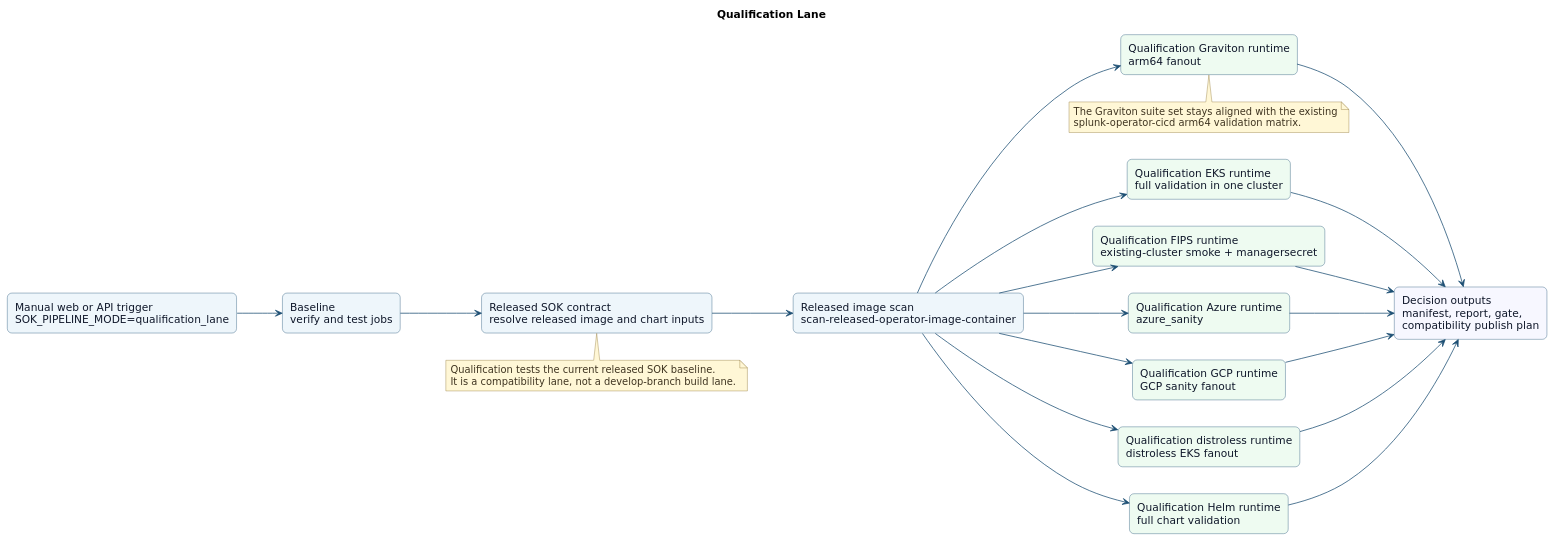
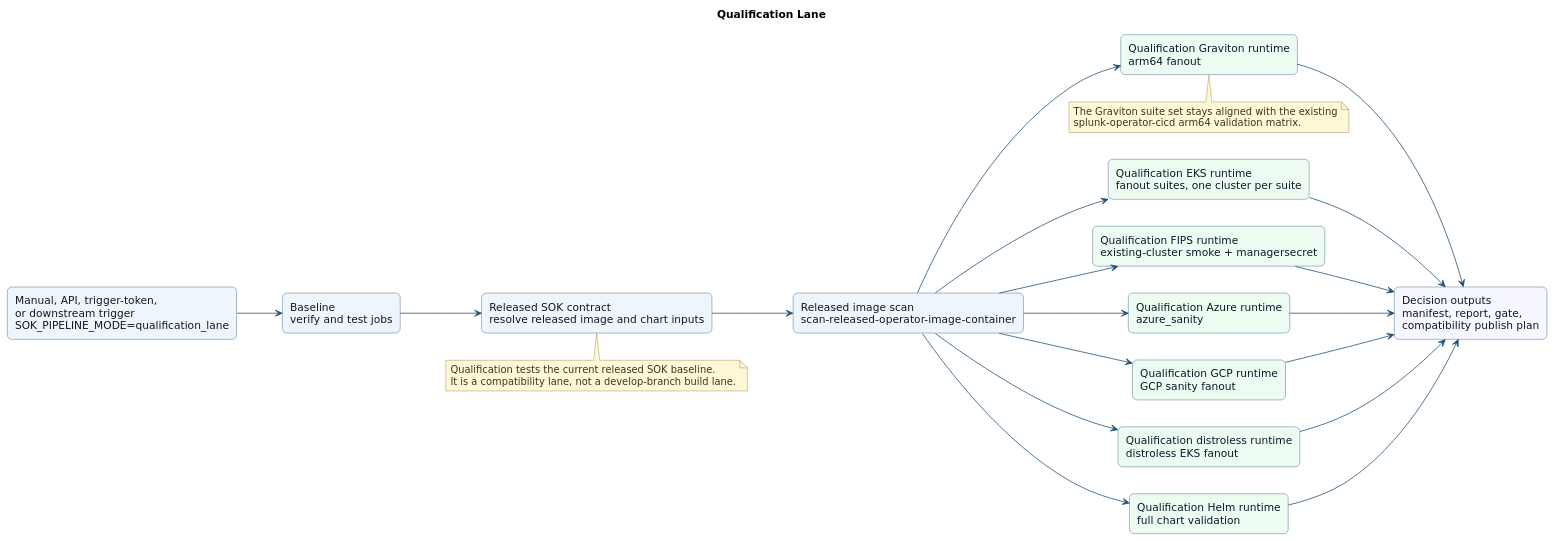
Before and after one commit to splunk/splunk-operator: the diagram in gitlab-ci/diagrams/qualification-lane-target.puml, drawn with PlantUML. The commit also changed 15 other files, not shown here.

```diff
--- a/gitlab-ci/diagrams/qualification-lane-target.puml
+++ b/gitlab-ci/diagrams/qualification-lane-target.puml
@@ -1,60 +1,60 @@
 @startuml
 title Qualification Lane
 left to right direction
 skinparam Shadowing false
 skinparam DefaultFontName DejaVu Sans
 skinparam BackgroundColor white
 skinparam ArrowColor #1d4f73
 skinparam Rectangle {
   BorderColor #1d4f73
   BackgroundColor #eef6fb
   FontColor #0f172a
   RoundCorner 12
 }
 skinparam Note {
   BorderColor #8b6f2f
   BackgroundColor #fff7d6
   FontColor #3f3420
 }
 
-rectangle "Manual web or API trigger\nSOK_PIPELINE_MODE=qualification_lane" as trigger
+rectangle "Manual, API, trigger-token,\nor downstream trigger\nSOK_PIPELINE_MODE=qualification_lane" as trigger
 rectangle "Baseline\nverify and test jobs" as baseline
 rectangle "Released SOK contract\nresolve released image and chart inputs" as contract
 rectangle "Released image scan\nscan-released-operator-image-container" as scan
-rectangle "Qualification EKS runtime\nfull validation in one cluster" as runtime_eks #eefbf1
+rectangle "Qualification EKS runtime\nfanout suites, one cluster per suite" as runtime_eks #eefbf1
 rectangle "Qualification FIPS runtime\nexisting-cluster smoke + managersecret" as runtime_fips #eefbf1
 rectangle "Qualification Azure runtime\nazure_sanity" as runtime_azure #eefbf1
 rectangle "Qualification GCP runtime\nGCP sanity fanout" as runtime_gcp #eefbf1
 rectangle "Qualification distroless runtime\ndistroless EKS fanout" as runtime_distroless #eefbf1
 rectangle "Qualification Graviton runtime\narm64 fanout" as runtime_graviton #eefbf1
 rectangle "Qualification Helm runtime\nfull chart validation" as runtime_helm #eefbf1
 rectangle "Decision outputs\nmanifest, report, gate,\ncompatibility publish plan" as report #f7f7ff
 
 trigger --> baseline
 baseline --> contract
 contract --> scan
 scan --> runtime_eks
 scan --> runtime_fips
 scan --> runtime_azure
 scan --> runtime_gcp
 scan --> runtime_distroless
 scan --> runtime_graviton
 scan --> runtime_helm
 runtime_eks --> report
 runtime_fips --> report
 runtime_azure --> report
 runtime_gcp --> report
 runtime_distroless --> report
 runtime_graviton --> report
 runtime_helm --> report
 
 note bottom of contract
 Qualification tests the current released SOK baseline.
 It is a compatibility lane, not a develop-branch build lane.
 end note
 
 note bottom of runtime_graviton
 The Graviton suite set stays aligned with the existing
 splunk-operator-cicd arm64 validation matrix.
 end note
 @enduml
```
